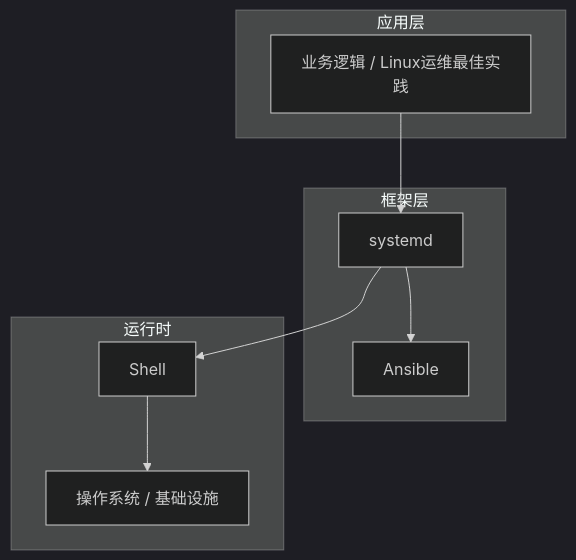
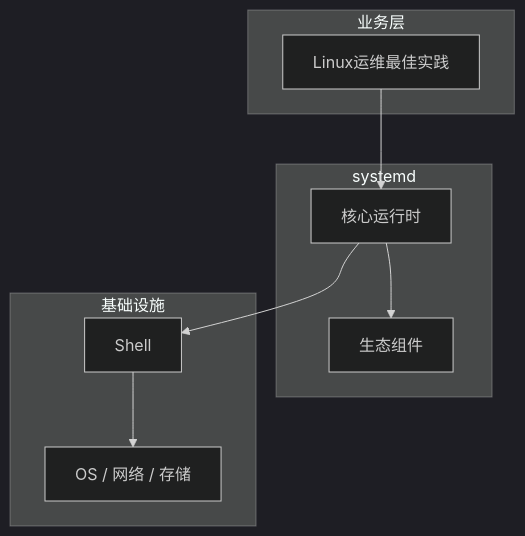
Before and after one commit to yanggan2015/knowledge-json-v2: the diagram in articles/Linux运维/chapters/096-Linux运维最佳实践核心概念与原理.md, drawn with Mermaid (dark theme). The commit also changed other lines of this file and 10127 other files, not shown here.

````diff
--- a/articles/Linux运维/chapters/096-Linux运维最佳实践核心概念与原理.md
+++ b/articles/Linux运维/chapters/096-Linux运维最佳实践核心概念与原理.md
@@ -45,18 +34,18 @@
 ```mermaid
 graph TB
-    subgraph 应用层
-        A[业务逻辑 / Linux运维最佳实践]
+    subgraph 业务层
+        A[Linux运维最佳实践]
     end
-    subgraph 框架层
-        B[systemd]
-        C[Ansible]
+    subgraph systemd
+        B[核心运行时]
+        C[生态组件]
     end
-    subgraph 运行时
+    subgraph 基础设施
         D[Shell]
-        E[操作系统 / 基础设施]
+        E[OS / 网络 / 存储]
     end
     A --> B
     B --> C
     B --> D
     D --> E
 ```
````
